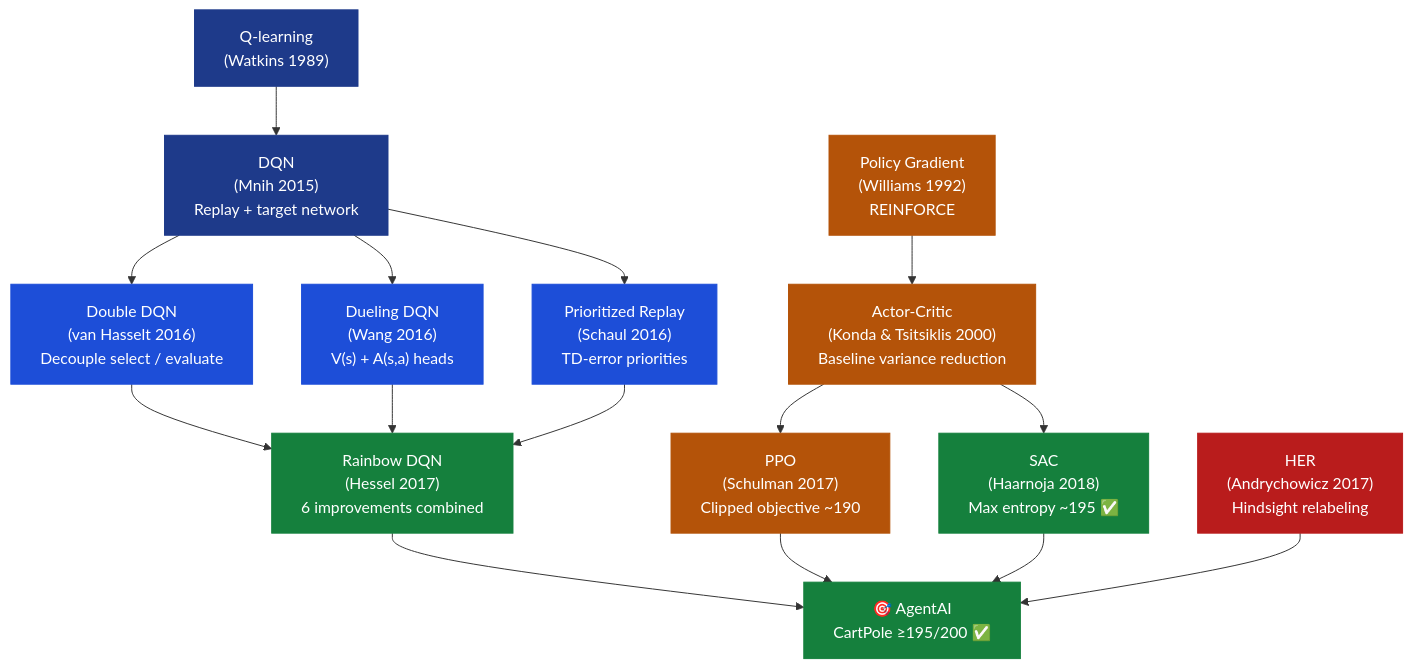
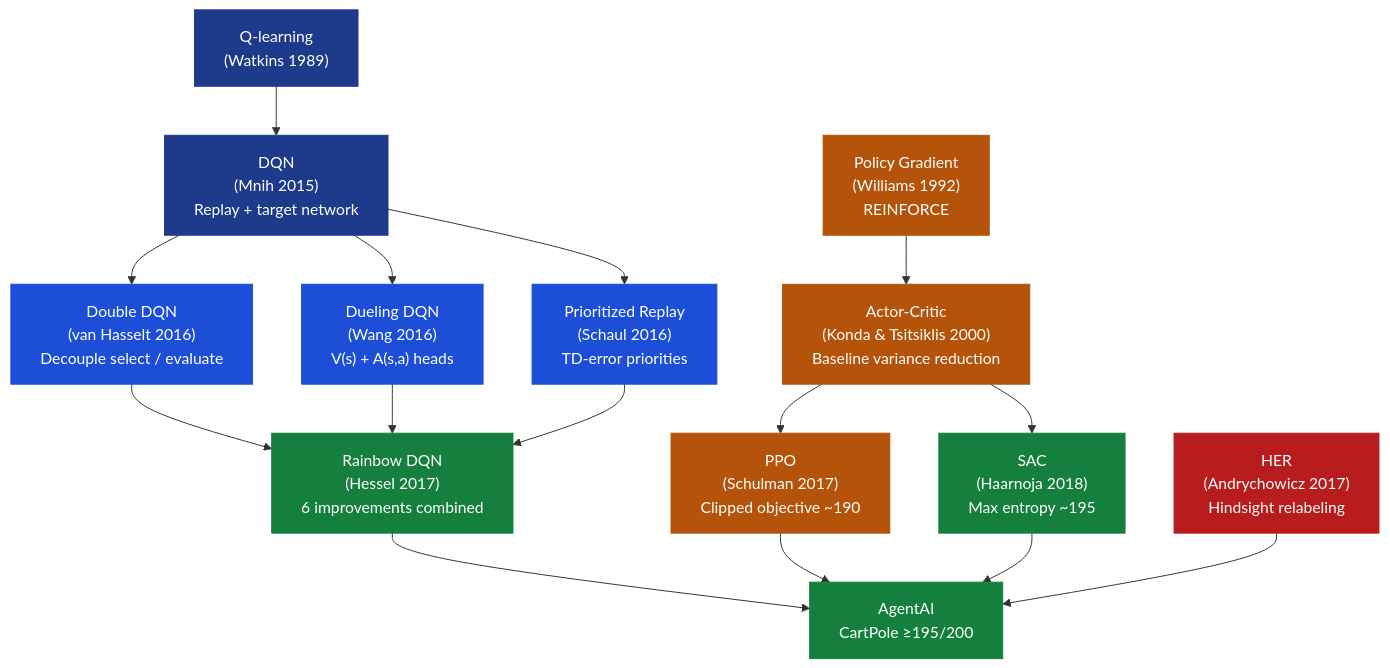
Before and after one commit to dsgouda7/ai-portfolio: the first of 2 diagrams in notes/01-ml/06-reinforcement-learning/ch06_modern_rl/README.md, drawn with Mermaid. The commit also changed other lines of this file and 179 other files, not shown here.

````diff
--- a/notes/01-ml/06-reinforcement-learning/ch06_modern_rl/README.md
+++ b/notes/01-ml/06-reinforcement-learning/ch06_modern_rl/README.md
@@ -565,38 +565,38 @@
 ```mermaid
 flowchart TD
-    A["Q-learning\n(Watkins 1989)"]
-    B["DQN\n(Mnih 2015)\nReplay + target network"]
-    C["Double DQN\n(van Hasselt 2016)\nDecouple select / evaluate"]
-    D["Dueling DQN\n(Wang 2016)\nV(s) + A(s,a) heads"]
-    E["Prioritized Replay\n(Schaul 2016)\nTD-error priorities"]
-    F["Rainbow DQN\n(Hessel 2017)\n6 improvements combined"]
-    G["Policy Gradient\n(Williams 1992)\nREINFORCE"]
-    H["Actor-Critic\n(Konda & Tsitsiklis 2000)\nBaseline variance reduction"]
-    I["PPO\n(Schulman 2017)\nClipped objective ~190"]
-    J["SAC\n(Haarnoja 2018)\nMax entropy ~195 ✅"]
-    K["HER\n(Andrychowicz 2017)\nHindsight relabeling"]
-    L["🎯 AgentAI\nCartPole ≥195/200 ✅"]
+ A["Q-learning\n(Watkins 1989)"]
+ B["DQN\n(Mnih 2015)\nReplay + target network"]
+ C["Double DQN\n(van Hasselt 2016)\nDecouple select / evaluate"]
+ D["Dueling DQN\n(Wang 2016)\nV(s) + A(s,a) heads"]
+ E["Prioritized Replay\n(Schaul 2016)\nTD-error priorities"]
+ F["Rainbow DQN\n(Hessel 2017)\n6 improvements combined"]
+ G["Policy Gradient\n(Williams 1992)\nREINFORCE"]
+ H["Actor-Critic\n(Konda & Tsitsiklis 2000)\nBaseline variance reduction"]
+ I["PPO\n(Schulman 2017)\nClipped objective ~190"]
+ J["SAC\n(Haarnoja 2018)\nMax entropy ~195 "]
+ K["HER\n(Andrychowicz 2017)\nHindsight relabeling"]
+ L[" AgentAI\nCartPole ≥195/200 "]
 
-    A --> B --> C --> F
-    B --> D --> F
-    B --> E --> F
-    G --> H --> I
-    H --> J
-    F --> L
-    I --> L
-    J --> L
-    K --> L
+ A --> B --> C --> F
+ B --> D --> F
+ B --> E --> F
+ G --> H --> I
+ H --> J
+ F --> L
+ I --> L
+ J --> L
+ K --> L
 
-    style A fill:#1e3a8a,color:#fff,stroke:#1e3a8a
-    style B fill:#1e3a8a,color:#fff,stroke:#1e3a8a
-    style C fill:#1d4ed8,color:#fff,stroke:#1d4ed8
-    style D fill:#1d4ed8,color:#fff,stroke:#1d4ed8
-    style E fill:#1d4ed8,color:#fff,stroke:#1d4ed8
-    style F fill:#15803d,color:#fff,stroke:#15803d
-    style G fill:#b45309,color:#fff,stroke:#b45309
-    style H fill:#b45309,color:#fff,stroke:#b45309
-    style I fill:#b45309,color:#fff,stroke:#b45309
-    style J fill:#15803d,color:#fff,stroke:#15803d
-    style K fill:#b91c1c,color:#fff,stroke:#b91c1c
-    style L fill:#15803d,color:#fff,stroke:#15803d
+ style A fill:#1e3a8a,color:#fff,stroke:#1e3a8a
+ style B fill:#1e3a8a,color:#fff,stroke:#1e3a8a
+ style C fill:#1d4ed8,color:#fff,stroke:#1d4ed8
+ style D fill:#1d4ed8,color:#fff,stroke:#1d4ed8
+ style E fill:#1d4ed8,color:#fff,stroke:#1d4ed8
+ style F fill:#15803d,color:#fff,stroke:#15803d
+ style G fill:#b45309,color:#fff,stroke:#b45309
+ style H fill:#b45309,color:#fff,stroke:#b45309
+ style I fill:#b45309,color:#fff,stroke:#b45309
+ style J fill:#15803d,color:#fff,stroke:#15803d
+ style K fill:#b91c1c,color:#fff,stroke:#b91c1c
+ style L fill:#15803d,color:#fff,stroke:#15803d
 ```
````
